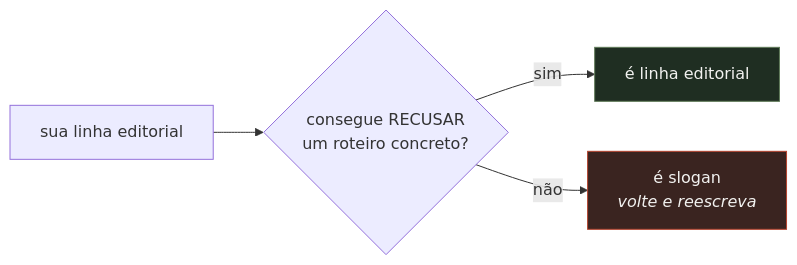
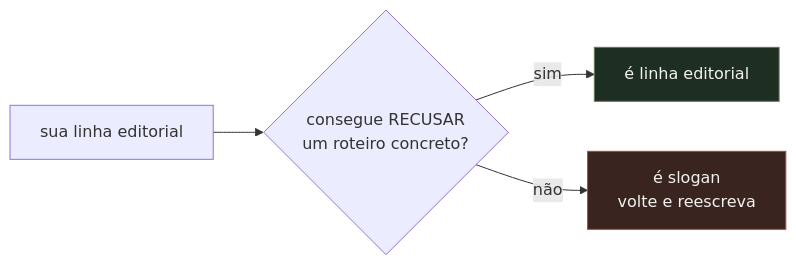
Before and after one commit to claudiogpt/motor-de-canal: the second of 4 diagrams in docs/02-criar-um-canal.md, drawn with Mermaid. The commit also changed other lines of this file and 5 other files, not shown here.

````diff
--- a/docs/02-criar-um-canal.md
+++ b/docs/02-criar-um-canal.md
@@ -35,8 +35,8 @@
 ```mermaid
 flowchart LR
     A["sua linha editorial"] --> B{"consegue RECUSAR<br/>um roteiro concreto?"}
     B -->|sim| C["é linha editorial"]
-    B -->|não| D["é slogan<br/><i>volte e reescreva</i>"]
+    B -->|não| D["é slogan<br/>volte e reescreva"]
     style C fill:#1f2e22,stroke:#5F7A58,color:#F2F2F0
     style D fill:#3a2420,stroke:#B5452F,color:#F2F2F0
 ```
````
